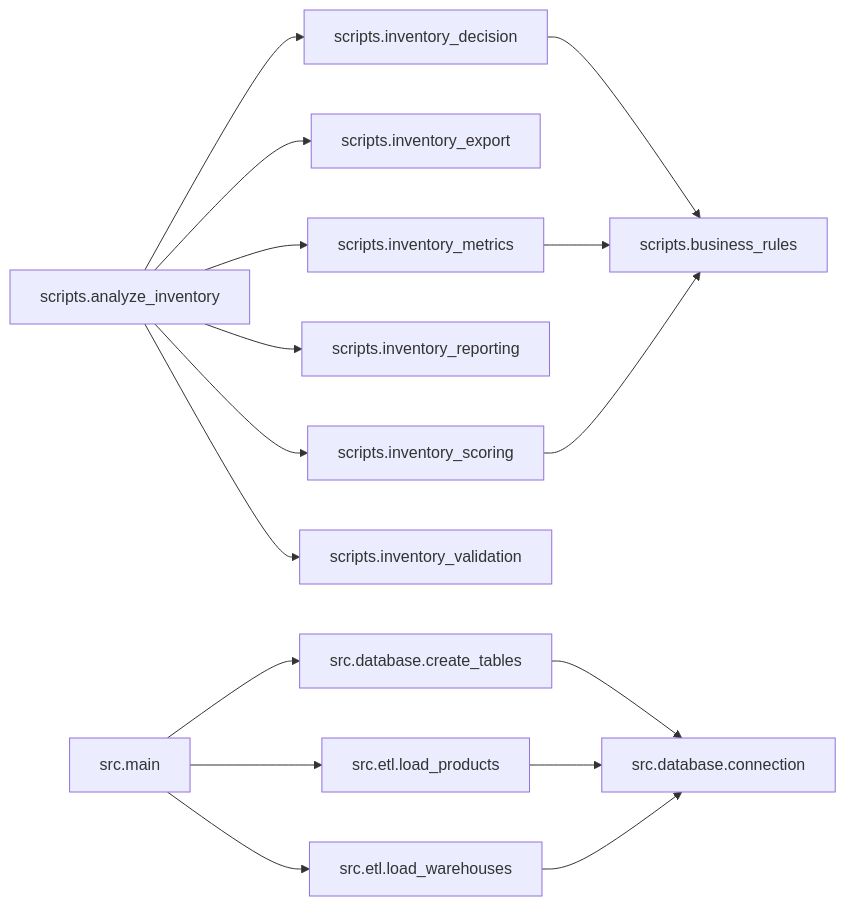
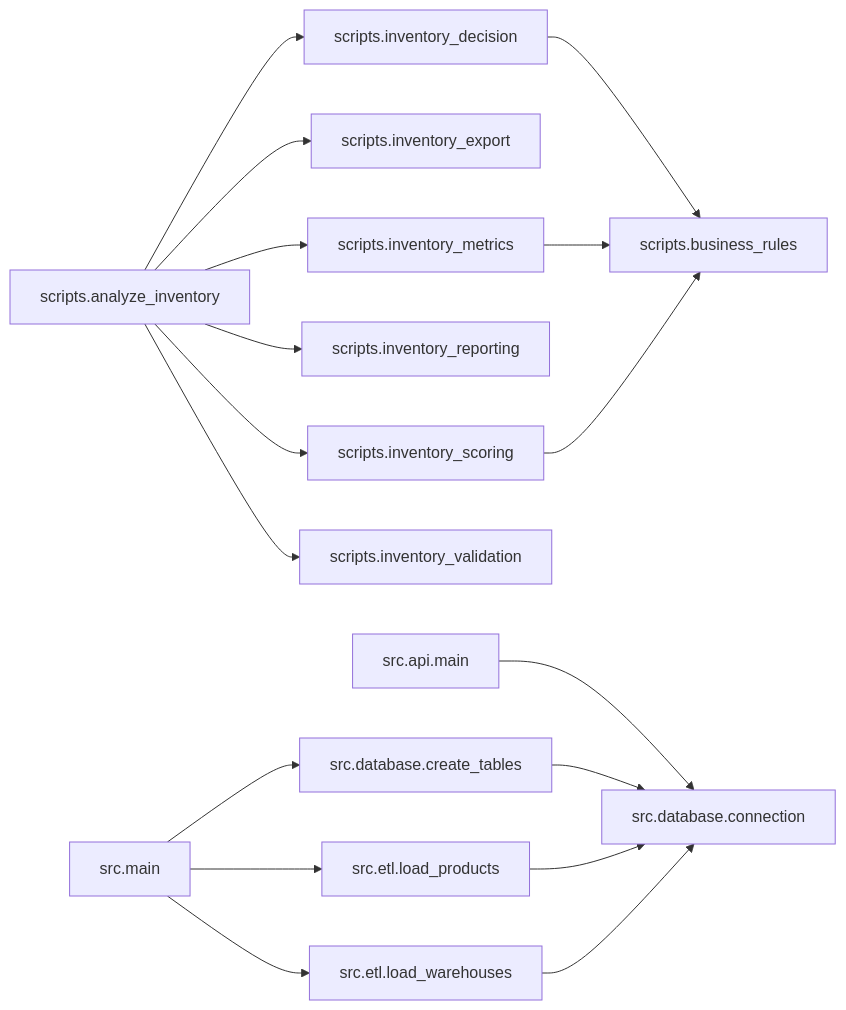
The diagram in docs/project_audit/PROJECT_AUDIT.md (RodsSoares/ai-supply-chain-copilot), drawn with Mermaid before and after one commit. The commit also changed other lines of this file and 8 other files, not shown here.

````diff
--- a/docs/project_audit/PROJECT_AUDIT.md
+++ b/docs/project_audit/PROJECT_AUDIT.md
@@ -322,18 +322,19 @@
 ```mermaid
 flowchart LR
     scripts_analyze_inventory["scripts.analyze_inventory"] --> scripts_inventory_decision["scripts.inventory_decision"]
     scripts_analyze_inventory["scripts.analyze_inventory"] --> scripts_inventory_export["scripts.inventory_export"]
     scripts_analyze_inventory["scripts.analyze_inventory"] --> scripts_inventory_metrics["scripts.inventory_metrics"]
     scripts_analyze_inventory["scripts.analyze_inventory"] --> scripts_inventory_reporting["scripts.inventory_reporting"]
     scripts_analyze_inventory["scripts.analyze_inventory"] --> scripts_inventory_scoring["scripts.inventory_scoring"]
     scripts_analyze_inventory["scripts.analyze_inventory"] --> scripts_inventory_validation["scripts.inventory_validation"]
     scripts_inventory_decision["scripts.inventory_decision"] --> scripts_business_rules["scripts.business_rules"]
     scripts_inventory_metrics["scripts.inventory_metrics"] --> scripts_business_rules["scripts.business_rules"]
     scripts_inventory_scoring["scripts.inventory_scoring"] --> scripts_business_rules["scripts.business_rules"]
+    src_api_main["src.api.main"] --> src_database_connection["src.database.connection"]
     src_database_create_tables["src.database.create_tables"] --> src_database_connection["src.database.connection"]
     src_etl_load_products["src.etl.load_products"] --> src_database_connection["src.database.connection"]
     src_etl_load_warehouses["src.etl.load_warehouses"] --> src_database_connection["src.database.connection"]
     src_main["src.main"] --> src_database_create_tables["src.database.create_tables"]
     src_main["src.main"] --> src_etl_load_products["src.etl.load_products"]
     src_main["src.main"] --> src_etl_load_warehouses["src.etl.load_warehouses"]
 ```
````
